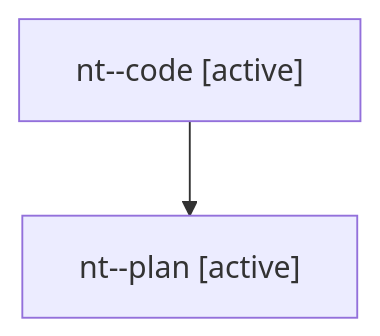
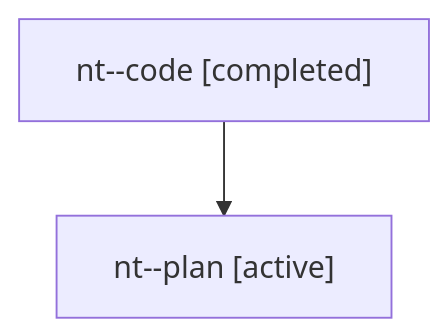
One commit to sase-org/sase--agents changed the diagram in families/bbugyi200.athena.nt.md. Above: the diagram before and after it, drawn with Mermaid. The commit also changed other lines of this file and 5813 other files, not shown here.

````diff
--- a/families/bbugyi200.athena.nt.md
+++ b/families/bbugyi200.athena.nt.md
@@ -9,6 +9,6 @@
 ```mermaid
 flowchart TD
-  n0["nt--code [active]"]
+  n0["nt--code [completed]"]
   n1["nt--plan [active]"]
   n0 --> n1
 ```
````
